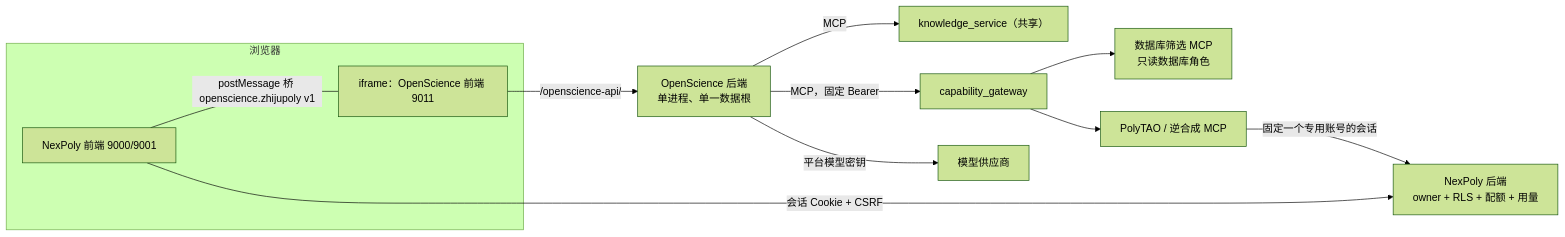
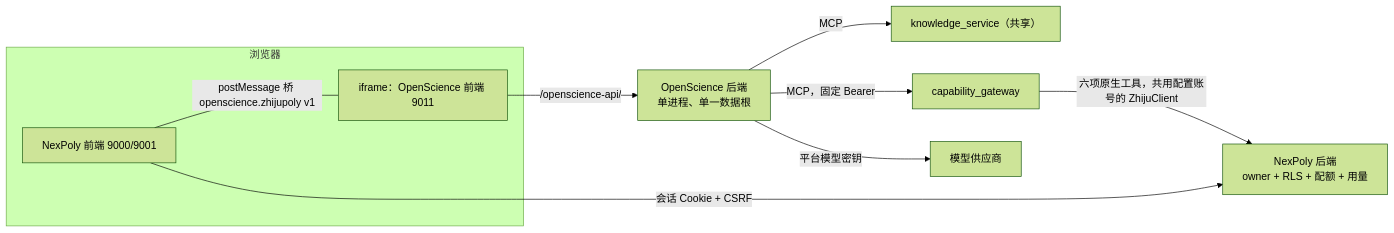
The first of 3 diagrams in docs/openscience-per-user-instances-plan.md (lzq390/ZhijuPoly), drawn with Mermaid (forest theme) before and after one commit. The commit also changed other lines of this file, not shown here.

````diff
--- a/docs/openscience-per-user-instances-plan.md
+++ b/docs/openscience-per-user-instances-plan.md
@@ -22,16 +22,14 @@
 ```mermaid
 flowchart LR
   subgraph Browser["浏览器"]
     NP["NexPoly 前端 9000/9001"]
     IF["iframe：OpenScience 前端 9011"]
   end
   NP -- "postMessage 桥 openscience.zhijupoly v1" --- IF
   NP -->|"会话 Cookie + CSRF"| NB["NexPoly 后端<br/>owner + RLS + 配额 + 用量"]
   IF -->|"/openscience-api/"| OB["OpenScience 后端<br/>单进程、单一数据根"]
   OB -->|"MCP"| KS["knowledge_service（共享）"]
   OB -->|"MCP，固定 Bearer"| GW["capability_gateway"]
-  GW --> PF["数据库筛选 MCP<br/>只读数据库角色"]
-  GW --> PT["PolyTAO / 逆合成 MCP"]
-  PT -->|"固定一个专用账号的会话"| NB
+  GW -->|"六项原生工具，共用配置账号的 ZhijuClient"| NB
   OB -->|"平台模型密钥"| LLM["模型供应商"]
 ```
````
